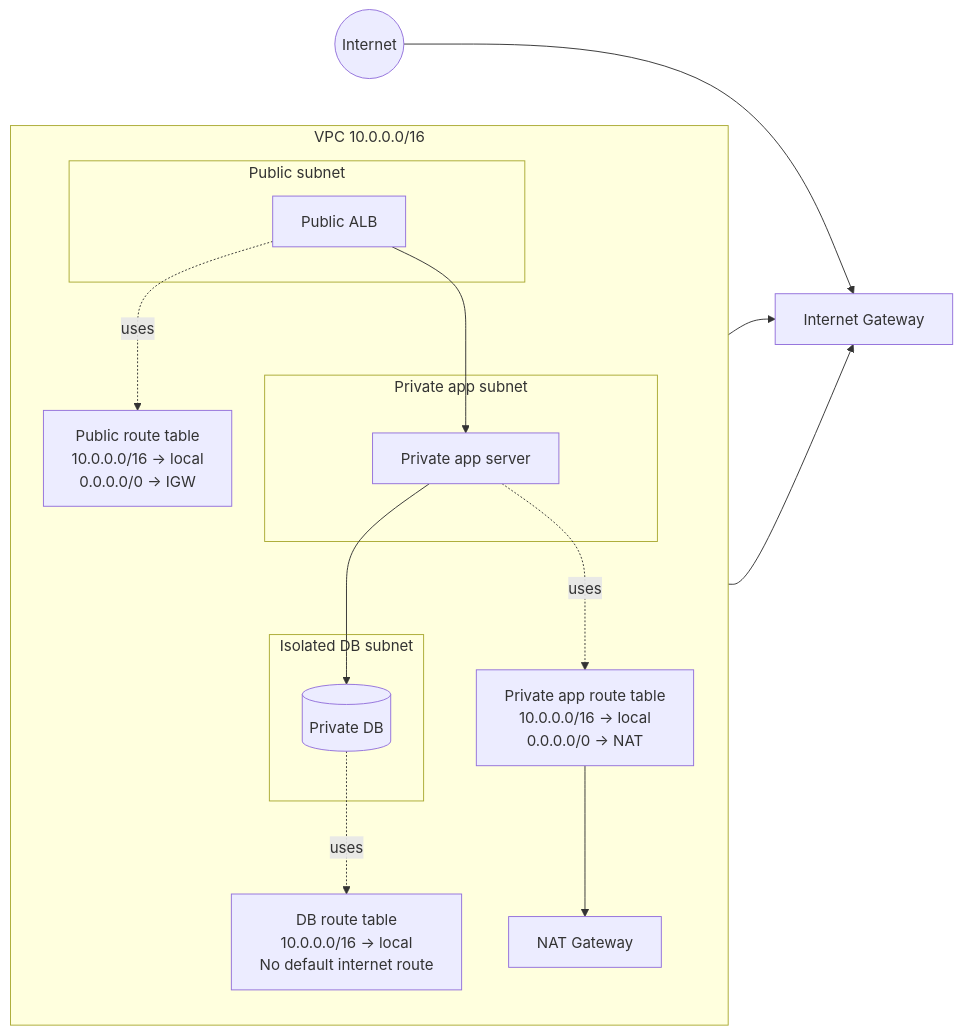
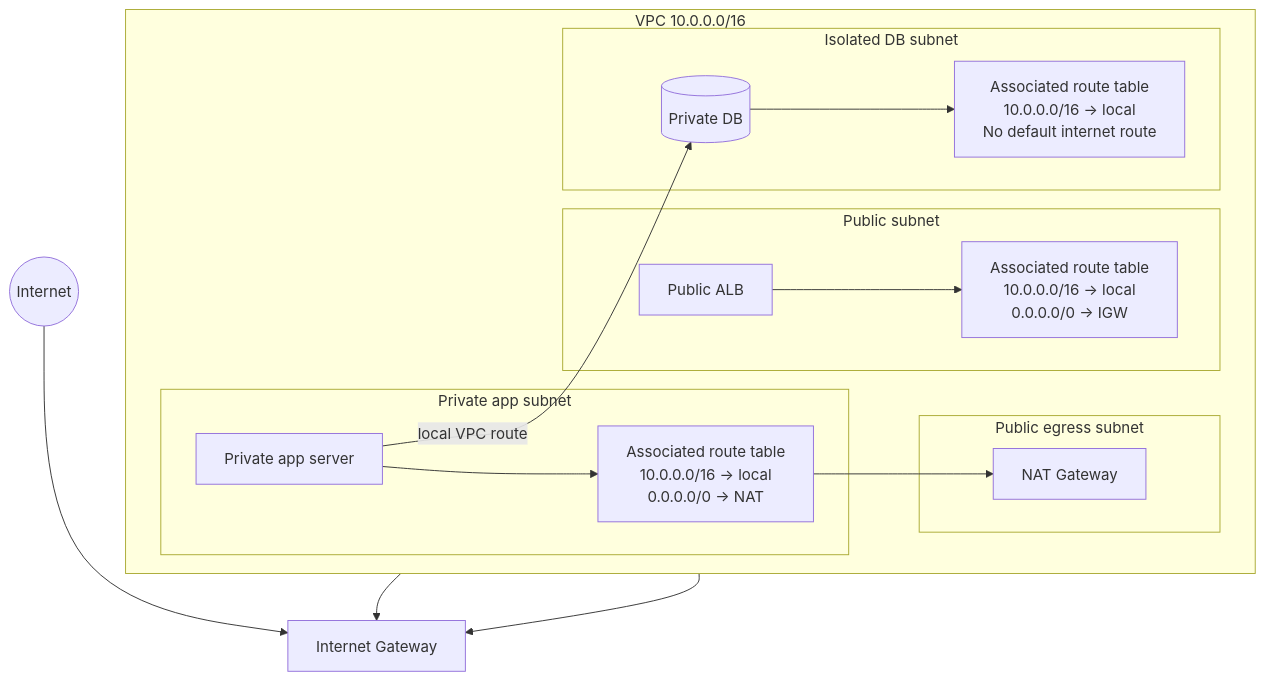
One commit to rooneyviet/aws-learning-obsidian changed the diagram in 05 - Networking, DNS, and Edge/VPC Route Tables.md. Above: the diagram before and after it, drawn with Mermaid. The commit also changed 16 other files, not shown here.

Commit message:
update diagrams

````diff
--- a/05 - Networking, DNS, and Edge/VPC Route Tables.md
+++ b/05 - Networking, DNS, and Edge/VPC Route Tables.md
@@ -23,32 +23,31 @@
 ```mermaid
-flowchart LR
+flowchart TB
     Internet((Internet)) --> IGW[Internet Gateway]
 
     subgraph VPC["VPC 10.0.0.0/16"]
-        direction TB
+        direction LR
 
         subgraph PublicSubnet["Public subnet"]
             ALB[Public ALB]
+            PublicRT["Associated route table\n10.0.0.0/16 -> local\n0.0.0.0/0 -> IGW"]
+        end
+
+        subgraph EgressSubnet["Public egress subnet"]
+            NAT[NAT Gateway]
         end
 
         subgraph PrivateSubnet["Private app subnet"]
             APP[Private app server]
+            PrivateRT["Associated route table\n10.0.0.0/16 -> local\n0.0.0.0/0 -> NAT"]
         end
 
         subgraph DBSubnet["Isolated DB subnet"]
             DB[(Private DB)]
+            DBRT["Associated route table\n10.0.0.0/16 -> local\nNo default internet route"]
         end
-
-        PublicRT["Public route table\n10.0.0.0/16 -> local\n0.0.0.0/0 -> IGW"]
-        PrivateRT["Private app route table\n10.0.0.0/16 -> local\n0.0.0.0/0 -> NAT"]
-        DBRT["DB route table\n10.0.0.0/16 -> local\nNo default internet route"]
-        NAT[NAT Gateway]
     end
 
-    ALB -. uses .-> PublicRT
-    APP -. uses .-> PrivateRT
-    DB -. uses .-> DBRT
-    PublicRT --> IGW
-    PrivateRT --> NAT --> IGW
-    ALB --> APP --> DB
+    ALB --> PublicRT --> IGW
+    APP --> PrivateRT --> NAT --> IGW
+    APP -->|local VPC route| DB --> DBRT
 ```
````
